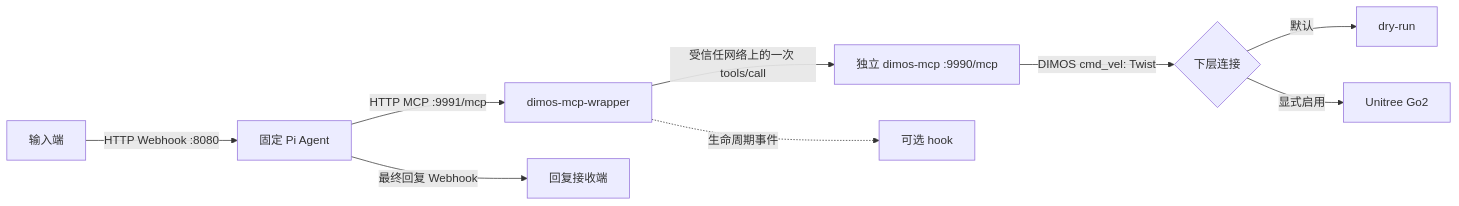
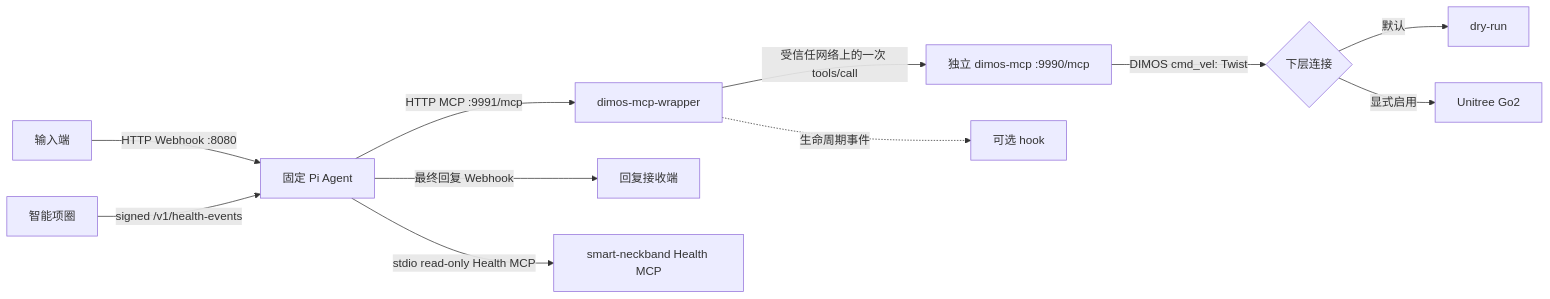
One commit to human-chocker-and-robot-dog/agent changed the diagram in USAGE.md. Above: the diagram before and after it, drawn with Mermaid. The commit also changed other lines of this file and 17 other files, not shown here.

First line of the commit message:
feat(agent): add Health MCP v0.2 consumer with signed webhook

```diff
--- a/USAGE.md
+++ b/USAGE.md
@@ -11,11 +13,13 @@
 ~~~mermaid
 flowchart LR
     I["输入端"] -->|HTTP Webhook :8080| A["固定 Pi Agent"]
     A -->|HTTP MCP :9991/mcp| W["dimos-mcp-wrapper"]
     W -->|"受信任网络上的一次 tools/call"| D["独立 dimos-mcp :9990/mcp"]
     D -->|DIMOS cmd_vel: Twist| C{"下层连接"}
     C -->|默认| R["dry-run"]
     C -->|显式启用| G["Unitree Go2"]
     W -. 生命周期事件 .-> K["可选 hook"]
     A -->|最终回复 Webhook| O["回复接收端"]
+    H["智能项圈"] -->|"signed /v1/health-events"| A
+    A -->|"stdio read-only Health MCP"| M["smart-neckband Health MCP"]
 ~~~
```
